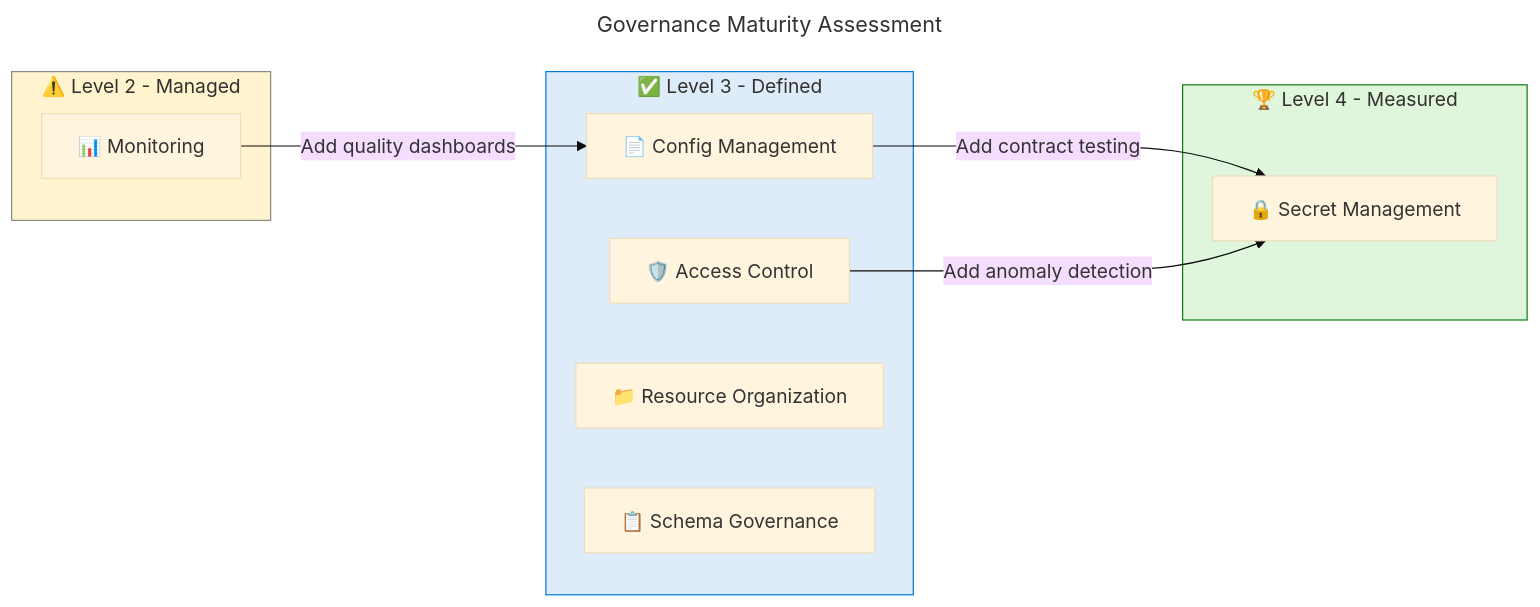
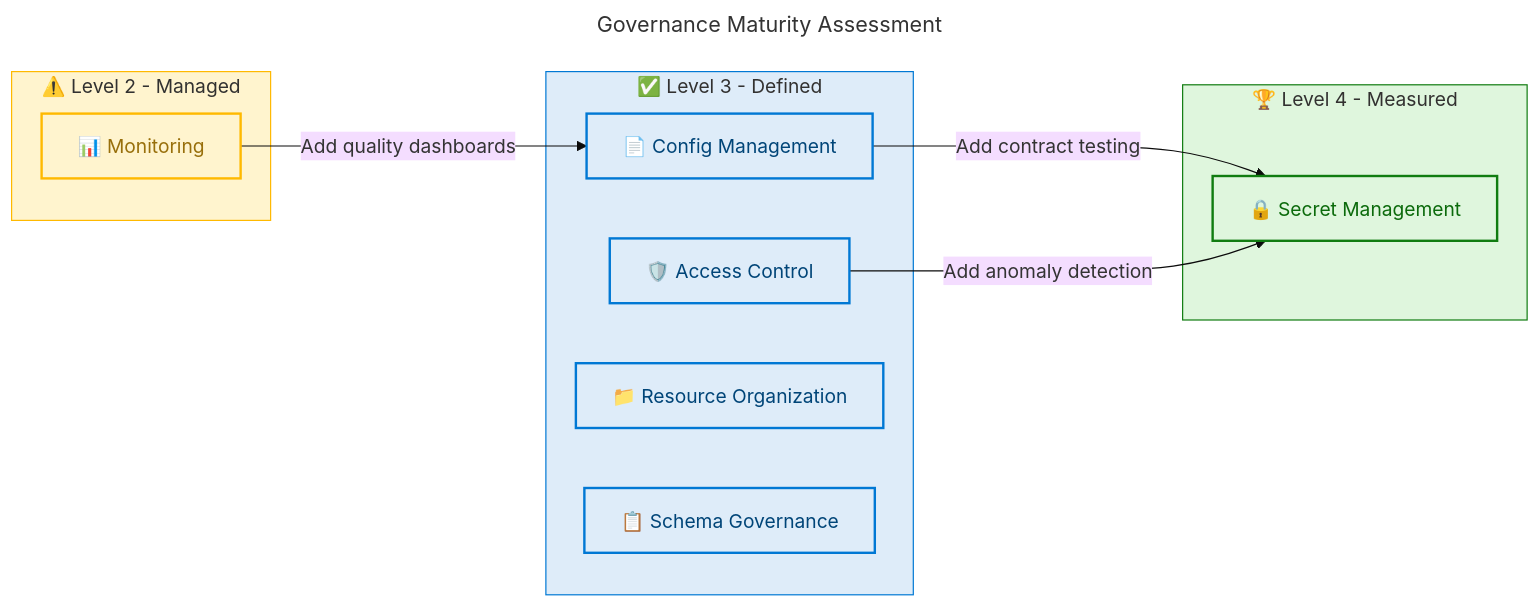
Before and after one commit to Evilazaro/DevExp-DevBox: the sixth of 9 diagrams in docs/architecture/data-architecture.md, drawn with Mermaid. The commit also changed other lines of this file, not shown here.

Commit message:
style: enhance flowchart color coding for improved clarity and categorization

````diff
--- a/docs/architecture/data-architecture.md
+++ b/docs/architecture/data-architecture.md
@@ -671,47 +677,51 @@
 ```mermaid
 ---
 title: Governance Maturity Assessment
 config:
   theme: base
   look: classic
   layout: dagre
   themeVariables:
     fontSize: '16px'
 ---
 flowchart LR
     %% ═══════════════════════════════════════════════════════════════════════════
     %% AZURE / FLUENT ARCHITECTURE PATTERN v1.1
     %% (Semantic + Structural + Font + Accessibility Governance)
     %% ═══════════════════════════════════════════════════════════════════════════
     %% PHASE 1 - STRUCTURAL: Direction explicit, flat topology, nesting ≤ 3
     %% PHASE 2 - SEMANTIC: Colors justified, max 5 semantic classes, neutral-first
     %% PHASE 3 - FONT: Dark text on light backgrounds, contrast ≥ 4.5:1
     %% PHASE 4 - ACCESSIBILITY: accTitle/accDescr present, icons on all nodes
     %% PHASE 5 - STANDARD: Governance block present, classDefs centralized
     %% ═══════════════════════════════════════════════════════════════════════════
 
     accTitle: Governance Maturity Assessment
     accDescr: Visual assessment of governance maturity levels across six data management areas from Level 2 to Level 4
 
     subgraph L4["🏆 Level 4 - Measured"]
-        SM["🔒 Secret Management"]
+        SM["🔒 Secret Management"]:::success
     end
     style L4 fill:#DFF6DD,stroke:#107C10,color:#323130
 
     subgraph L3["✅ Level 3 - Defined"]
-        CM["📄 Config Management"]
-        AC["🛡️ Access Control"]
-        RO["📁 Resource Organization"]
-        SG["📋 Schema Governance"]
+        CM["📄 Config Management"]:::core
+        AC["🛡️ Access Control"]:::core
+        RO["📁 Resource Organization"]:::core
+        SG["📋 Schema Governance"]:::core
     end
     style L3 fill:#DEECF9,stroke:#0078D4,color:#323130
 
     subgraph L2["⚠️ Level 2 - Managed"]
-        MN["📊 Monitoring"]
+        MN["📊 Monitoring"]:::warning
     end
-    style L2 fill:#FFF4CE,stroke:#8A8886,color:#323130
+    style L2 fill:#FFF4CE,stroke:#FFB900,color:#323130
 
     MN -->|"Add quality dashboards"| CM
     CM -->|"Add contract testing"| SM
     AC -->|"Add anomaly detection"| SM
+
+    classDef success fill:#DFF6DD,stroke:#107C10,stroke-width:2px,color:#0B6A0B
+    classDef core fill:#DEECF9,stroke:#0078D4,stroke-width:2px,color:#004578
+    classDef warning fill:#FFF4CE,stroke:#FFB900,stroke-width:2px,color:#986F0B
 ```
````
